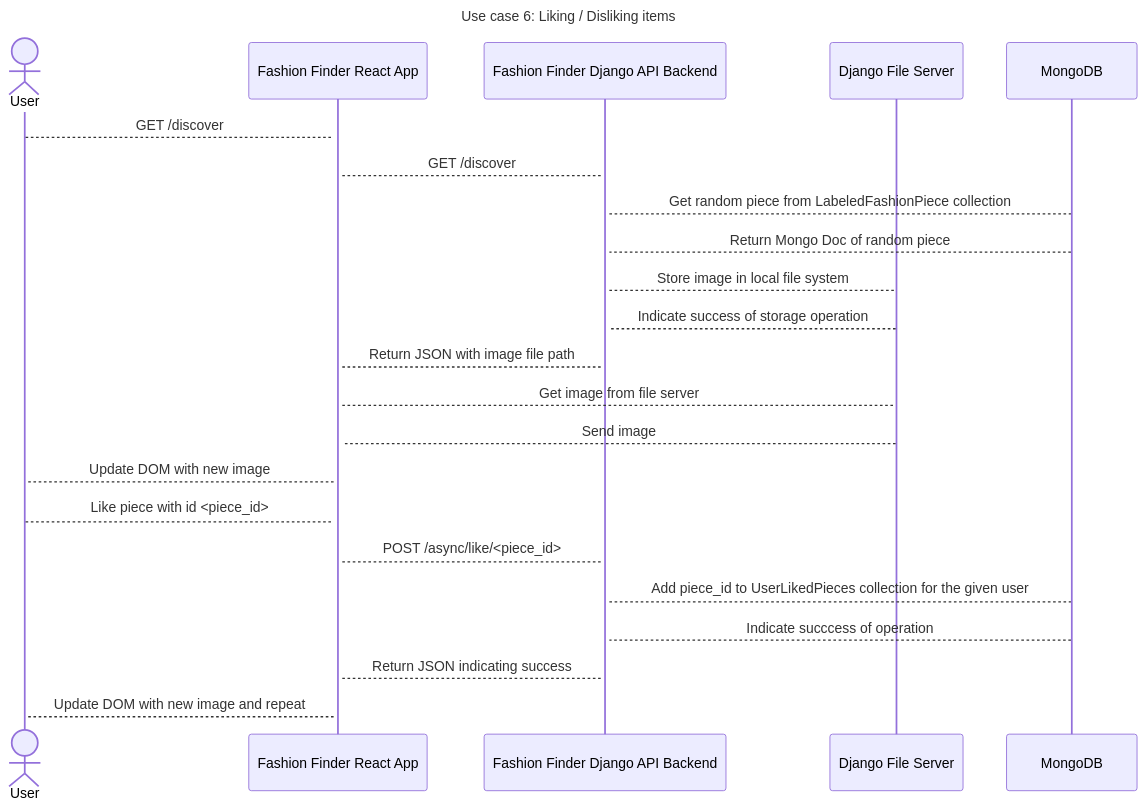
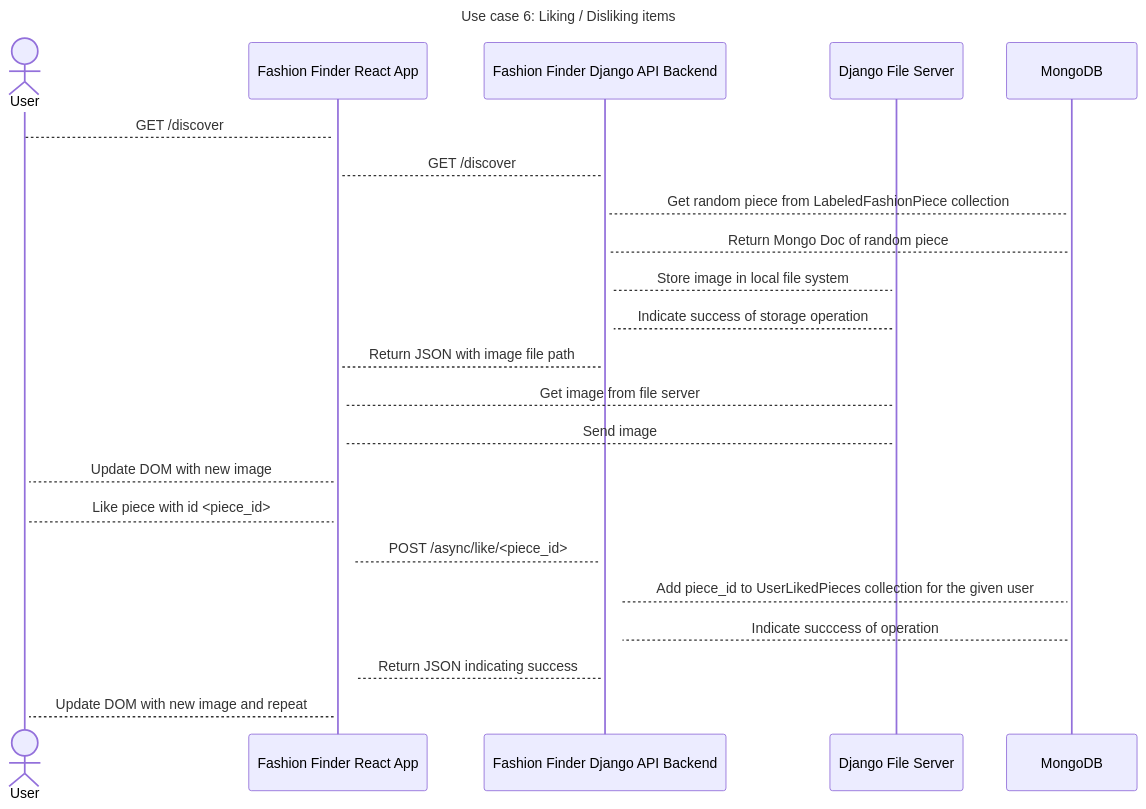
The sixth of 6 diagrams in documentation/docs/requirements/use-case-descriptions.md (Capstone-Projects-2022-Fall/project-fashion-finder), drawn with Mermaid before and after one commit. The commit also changed other lines of this file, not shown here.

````diff
--- a/documentation/docs/requirements/use-case-descriptions.md
+++ b/documentation/docs/requirements/use-case-descriptions.md
@@ -194,27 +193,27 @@
 ```mermaid
 sequenceDiagram
     title Use case 6: Liking / Disliking items
     actor U as User
     participant F as Fashion Finder React App
     %% participant DM as Fashion Finder Django ML Backend
     %% participant DMC as Fashion Finder Django Color Backend
     participant DC as Fashion Finder Django API Backend
     participant DFS as Django File Server
     participant DB as MongoDB
     U-->+F: GET /discover
     F-->+DC: GET /discover
-    DC-->DB: Get random piece from LabeledFashionPiece collection
-    DB-->DC: Return Mongo Doc of random piece
-    DC-->DFS: Store image in local file system
-    DFS-->DC: Indicate success of storage operation
-    DC-->F: Return JSON with image file path
-    F-->DFS: Get image from file server
-    DFS-->F: Send image
-    F-->U: Update DOM with new image
-    U-->F: Like piece with id <piece_id>
-    F--> DC: POST /async/like/<piece_id>
-    DC--> DB: Add piece_id to UserLikedPieces collection for the given user
+    DC-->+DB: Get random piece from LabeledFashionPiece collection
+    DB-->+DC: Return Mongo Doc of random piece
+    DC-->+DFS: Store image in local file system
+    DFS-->+DC: Indicate success of storage operation
+    DC-->+F: Return JSON with image file path
+    F-->+DFS: Get image from file server
+    DFS-->+F: Send image
+    F-->+U: Update DOM with new image
+    U-->+F: Like piece with id <piece_id>
+    F-->+DC: POST /async/like/<piece_id>
+    DC-->+DB: Add piece_id to UserLikedPieces collection for the given user
     DB-->DC: Indicate succcess of operation 
-    DC-->F: Return JSON indicating success
-    F-->U: Update DOM with new image and repeat 
+    DC-->+F: Return JSON indicating success
+    F-->+U: Update DOM with new image and repeat 
 ```
````
